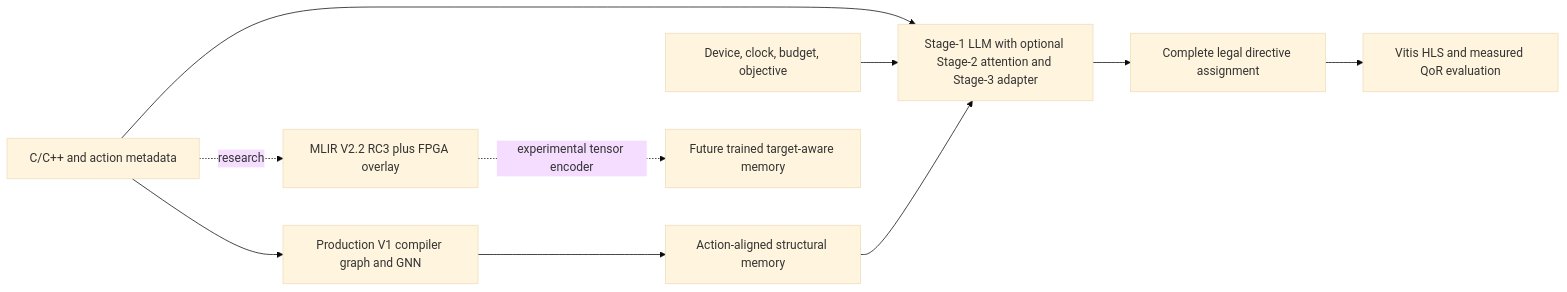
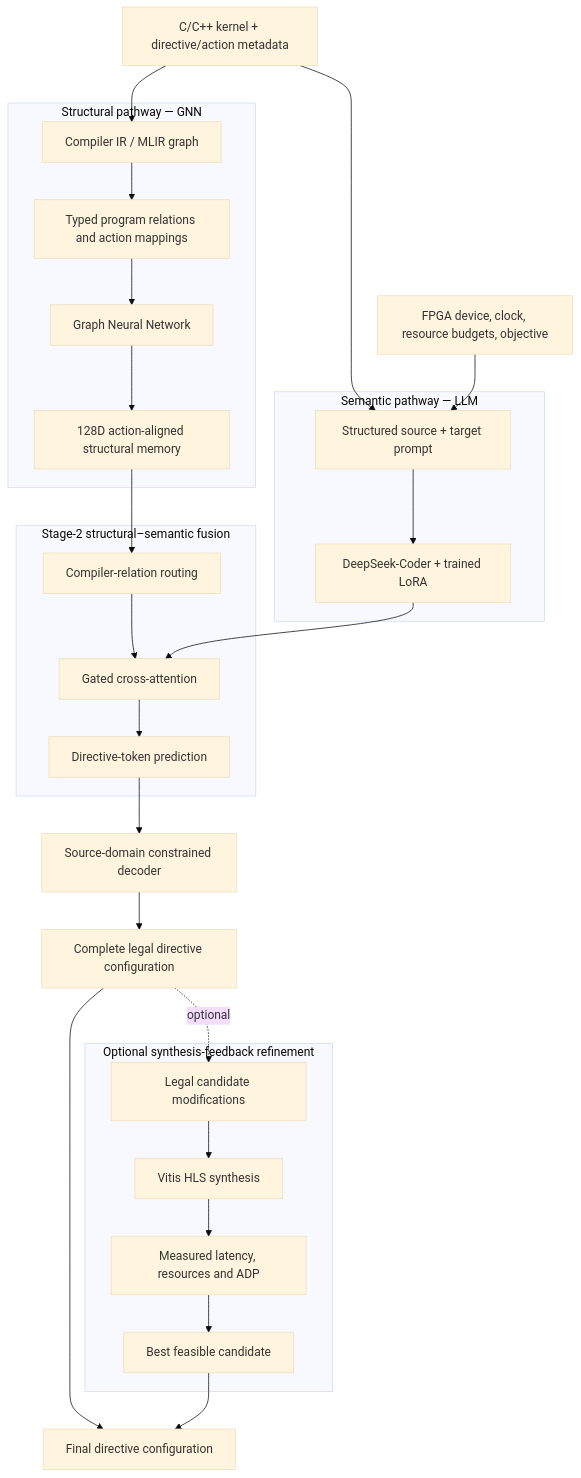
One commit to ElenaVouvali/MailoHLS changed the diagram in README.md. Above: the diagram before and after it, drawn with Mermaid (base theme). The commit also changed other lines of this file, not shown here.

Commit message:
docs: expand framework README and research overview

````diff
--- a/README.md
+++ b/README.md
@@ -15,12 +79,49 @@
 ```mermaid
-flowchart LR
- C[C/C++ and action metadata] --> G[Production V1 compiler graph and GNN]
- G --> M[Action-aligned structural memory]
- C --> L[Stage-1 LLM with optional Stage-2 attention and Stage-3 adapter]
- T[Device, clock, budget, objective] --> L
- M --> L
- L --> P[Complete legal directive assignment]
- P --> H[Vitis HLS and measured QoR evaluation]
- C -. research .-> V[MLIR V2.2 RC3 plus FPGA overlay]
- V -. experimental tensor encoder .-> E[Future trained target-aware memory]
+flowchart TB
+    A["C/C++ kernel + directive/action metadata"]
+    B["FPGA device, clock, resource budgets, objective"]
+
+    subgraph STRUCT["Structural pathway — GNN"]
+        C["Compiler IR / MLIR graph"]
+        D["Typed program relations and action mappings"]
+        E["Graph Neural Network"]
+        F["128D action-aligned structural memory"]
+        C --> D --> E --> F
+    end
+
+    subgraph SEM["Semantic pathway — LLM"]
+        G["Structured source + target prompt"]
+        H["DeepSeek-Coder + trained LoRA"]
+        G --> H
+    end
+
+    subgraph FUSION["Stage-2 structural–semantic fusion"]
+        I["Compiler-relation routing"]
+        J["Gated cross-attention"]
+        K["Directive-token prediction"]
+        I --> J --> K
+    end
+
+    L["Source-domain constrained decoder"]
+    M["Complete legal directive configuration"]
+
+    subgraph REF["Optional synthesis-feedback refinement"]
+        N["Legal candidate modifications"]
+        O["Vitis HLS synthesis"]
+        Q["Measured latency, resources and ADP"]
+        R["Best feasible candidate"]
+        N --> O --> Q --> R
+    end
+
+    A --> C
+    A --> G
+    B --> G
+    H --> J
+    F --> I
+    K --> L --> M
+    M -. optional .-> N
+
+    S["Final directive configuration"]
+    M --> S
+    R --> S
 ```
````
